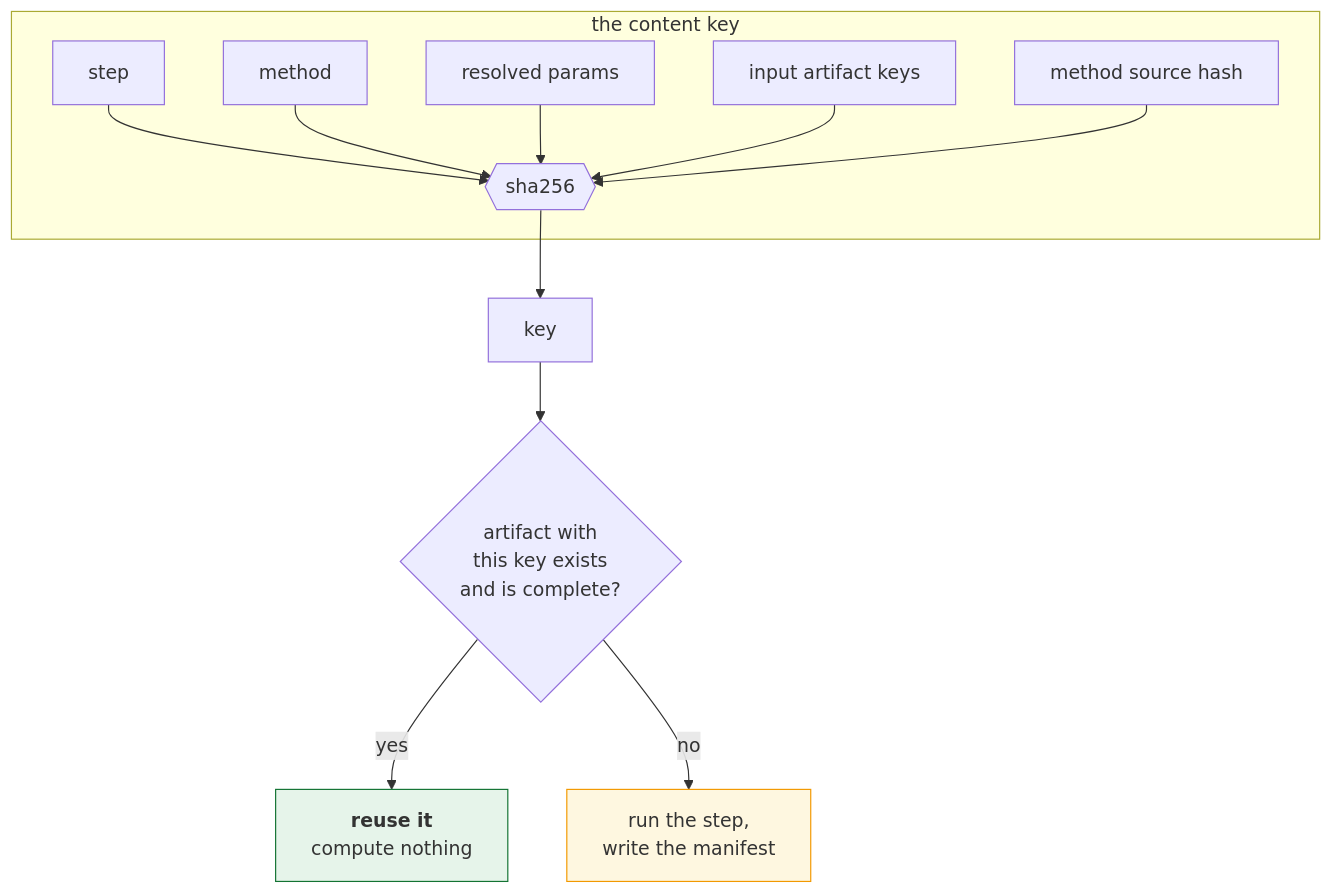
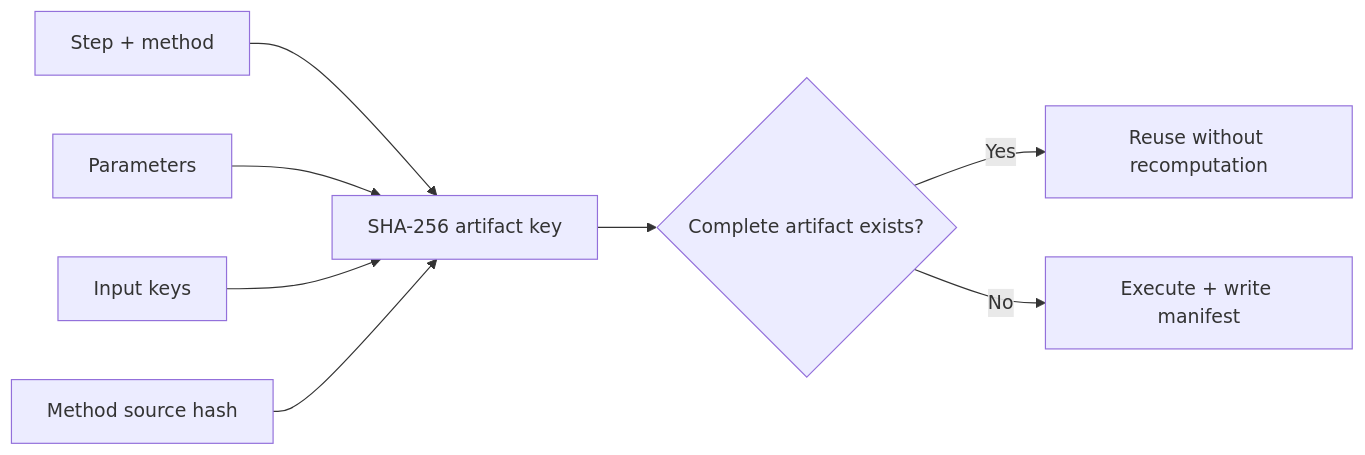
Before and after one commit to jatindangi1206/asthma-prediction: the fifth of 5 diagrams in README.md, drawn with Mermaid. The commit also changed other lines of this file, not shown here.

````diff
--- a/README.md
+++ b/README.md
@@ -354,17 +596,10 @@
 ```mermaid
-flowchart TD
-    subgraph KEY["the content key"]
-        A["step"] --> H{{"sha256"}}
-        B["method"] --> H
-        C["resolved params"] --> H
-        D["input artifact keys"] --> H
-        E["method source hash"] --> H
-    end
-    H --> K["key"]
-    K --> Q{"artifact with<br/>this key exists<br/>and is complete?"}
-    Q -->|yes| REUSE["<b>reuse it</b><br/>compute nothing"]
-    Q -->|no| RUN["run the step,<br/>write the manifest"]
-
-    style REUSE fill:#e6f4ea,stroke:#137333
-    style RUN fill:#fef7e0,stroke:#f29900
+flowchart LR
+    A[Step + method] --> H[SHA-256 artifact key]
+    B[Parameters] --> H
+    C[Input keys] --> H
+    D[Method source hash] --> H
+    H --> Q{Complete artifact exists?}
+    Q -->|Yes| U[Reuse without recomputation]
+    Q -->|No| R[Execute + write manifest]
 ```
````
